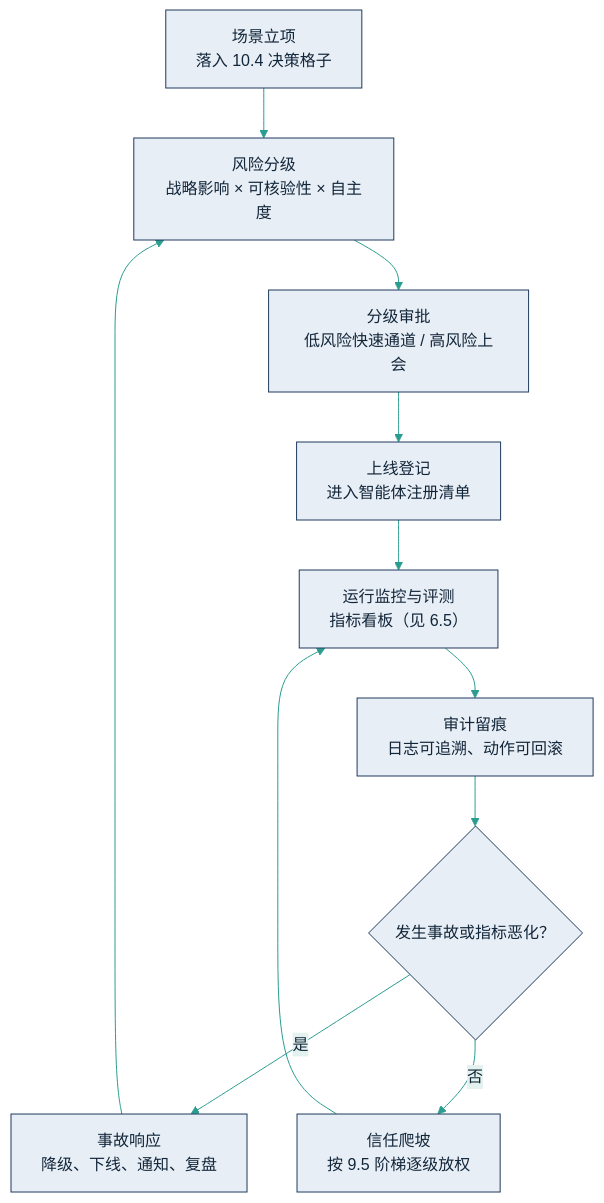
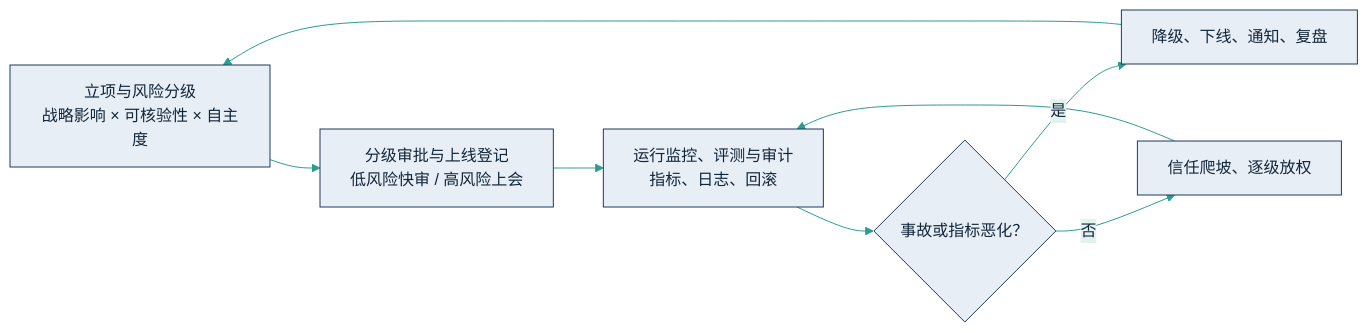
The diagram in 12_governance/12.3_governance_system.md (yeasy/ai_for_business_school), drawn with Mermaid before and after one commit. The commit also changed other lines of this file and 62 other files, not shown here.

````diff
--- a/12_governance/12.3_governance_system.md
+++ b/12_governance/12.3_governance_system.md
@@ -21,14 +21,11 @@
 ```mermaid
 %%{init: {"theme":"base","themeVariables":{"primaryColor":"#e8eef5","primaryBorderColor":"#1f3b5c","primaryTextColor":"#12263a","secondaryColor":"#e3f2ef","tertiaryColor":"#f7ecd4","lineColor":"#2a9d8f","fontFamily":"PingFang SC,Hiragino Sans GB,Microsoft YaHei,sans-serif"}}}%%
-flowchart TD
-    A["场景立项<br/>落入 10.4 决策格子"] --> B["风险分级<br/>战略影响 × 可核验性 × 自主度"]
-    B --> C["分级审批<br/>低风险快速通道 / 高风险上会"]
-    C --> D["上线登记<br/>进入智能体注册清单"]
-    D --> E["运行监控与评测<br/>指标看板（见 6.5）"]
-    E --> F["审计留痕<br/>日志可追溯、动作可回滚"]
-    F --> G{"发生事故或指标恶化？"}
-    G -->|"是"| H["事故响应<br/>降级、下线、通知、复盘"]
-    G -->|"否"| I["信任爬坡<br/>按 9.5 阶梯逐级放权"]
-    H --> B
-    I --> E
+flowchart LR
+    A["立项与风险分级<br/>战略影响 × 可核验性 × 自主度"] --> B["分级审批与上线登记<br/>低风险快审 / 高风险上会"]
+    B --> C["运行监控、评测与审计<br/>指标、日志、回滚"]
+    C --> D{"事故或指标恶化？"}
+    D -->|"是"| E["降级、下线、通知、复盘"]
+    D -->|"否"| F["信任爬坡、逐级放权"]
+    E --> A
+    F --> C
 ```
````
